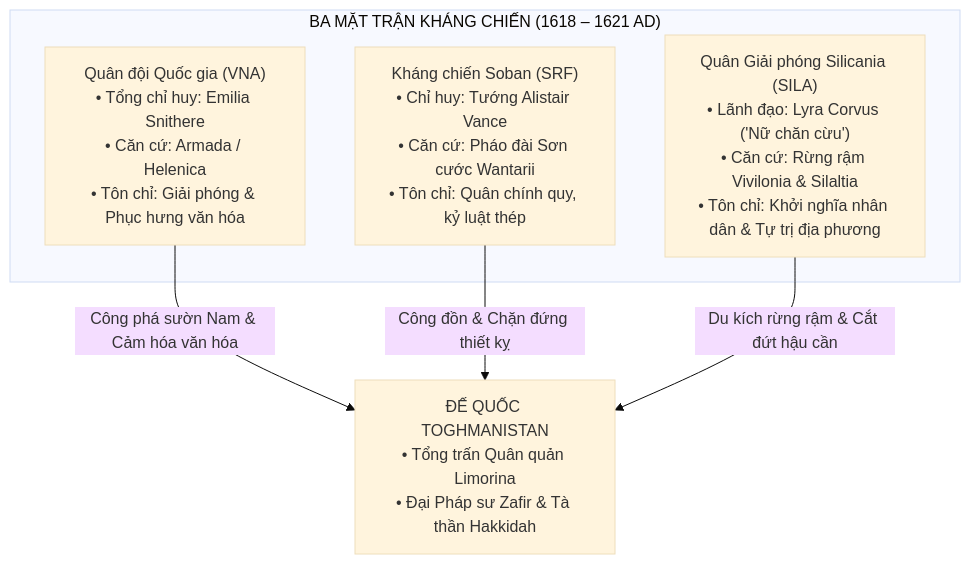
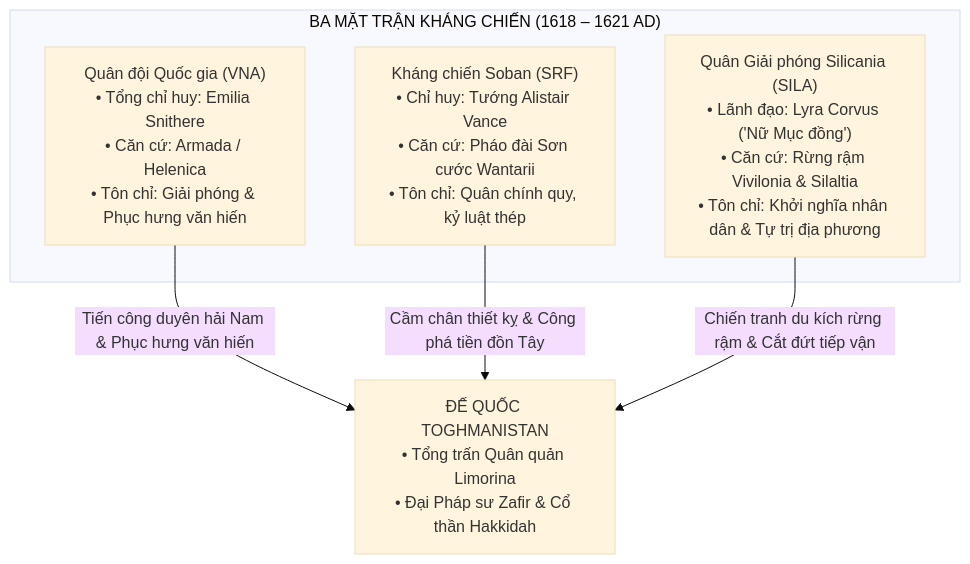
The first of 2 diagrams in docs/historical_backgrounds/vitalia/04-great-restoration-and-republic.md (justlimorina/vitalian-language), drawn with Mermaid (base theme) before and after one commit. The commit also changed other lines of this file and 4 other files, not shown here.

````diff
--- a/docs/historical_backgrounds/vitalia/04-great-restoration-and-republic.md
+++ b/docs/historical_backgrounds/vitalia/04-great-restoration-and-republic.md
@@ -108,14 +108,14 @@
 ```mermaid
 flowchart TD
     subgraph ThreeFronts ["BA MẶT TRẬN KHÁNG CHIẾN (1618 – 1621 AD)"]
-        VNA["Quân đội Quốc gia (VNA)<br>• Tổng chỉ huy: Emilia Snithere<br>• Căn cứ: Armada / Helenica<br>• Tôn chỉ: Giải phóng & Phục hưng văn hóa"]
+        VNA["Quân đội Quốc gia (VNA)<br>• Tổng chỉ huy: Emilia Snithere<br>• Căn cứ: Armada / Helenica<br>• Tôn chỉ: Giải phóng & Phục hưng văn hiến"]
         SRF["Kháng chiến Soban (SRF)<br>• Chỉ huy: Tướng Alistair Vance<br>• Căn cứ: Pháo đài Sơn cước Wantarii<br>• Tôn chỉ: Quân chính quy, kỷ luật thép"]
-        SILA["Quân Giải phóng Silicania (SILA)<br>• Lãnh đạo: Lyra Corvus ('Nữ chăn cừu')<br>• Căn cứ: Rừng rậm Vivilonia & Silaltia<br>• Tôn chỉ: Khởi nghĩa nhân dân & Tự trị địa phương"]
+        SILA["Quân Giải phóng Silicania (SILA)<br>• Lãnh đạo: Lyra Corvus ('Nữ Mục đồng')<br>• Căn cứ: Rừng rậm Vivilonia & Silaltia<br>• Tôn chỉ: Khởi nghĩa nhân dân & Tự trị địa phương"]
     end
 
-    Enemy["ĐẾ QUỐC TOGHMANISTAN<br>• Tổng trấn Quân quản Limorina<br>• Đại Pháp sư Zafir & Tà thần Hakkidah"]
+    Enemy["ĐẾ QUỐC TOGHMANISTAN<br>• Tổng trấn Quân quản Limorina<br>• Đại Pháp sư Zafir & Cổ thần Hakkidah"]
 
-    VNA -->|Công phá sườn Nam & Cảm hóa văn hóa| Enemy
-    SRF -->|Công đồn & Chặn đứng thiết kỵ| Enemy
-    SILA -->|Du kích rừng rậm & Cắt đứt hậu cần| Enemy
+    VNA -->|Tiến công duyên hải Nam & Phục hưng văn hiến| Enemy
+    SRF -->|Cầm chân thiết kỵ & Công phá tiền đồn Tây| Enemy
+    SILA -->|Chiến tranh du kích rừng rậm & Cắt đứt tiếp vận| Enemy
 ```
````
